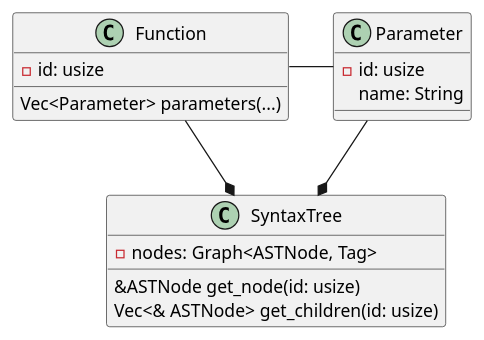
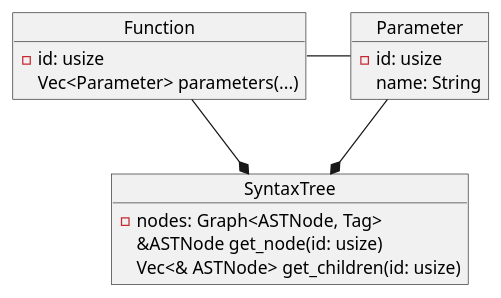
One commit to ITesserakt/Kodept changed the diagram in 04 - ВКРы/2023-2024 - Тема в разработке/src/plantuml/AST_func_after.puml. Above: the diagram before and after it, drawn with PlantUML. The commit also changed 18 other files, not shown here.

```diff
--- a/04 - ВКРы/2023-2024 - Тема в разработке/src/plantuml/AST_func_after.puml
+++ b/04 - ВКРы/2023-2024 - Тема в разработке/src/plantuml/AST_func_after.puml
@@ -1,25 +1,25 @@
 @startuml
 'https://plantuml.com/class-diagram
 
-class SyntaxTree {
+object SyntaxTree {
     -nodes: Graph<ASTNode, Tag>
     &ASTNode get_node(id: usize)
     Vec<& ASTNode> get_children(id: usize)
 }
 
-class Function {
+object Function {
     -id: usize
     Vec<Parameter> parameters(...)
 }
 
-class Parameter {
+object Parameter {
     -id: usize
     name: String
 }
 
 Function - Parameter
 
 Function --* SyntaxTree
 Parameter --* SyntaxTree
 
 @enduml
```
